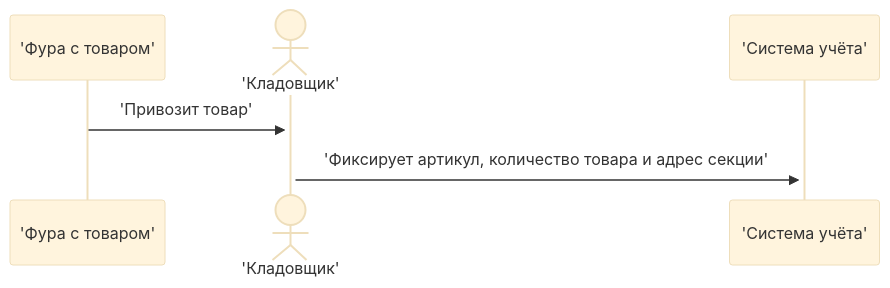
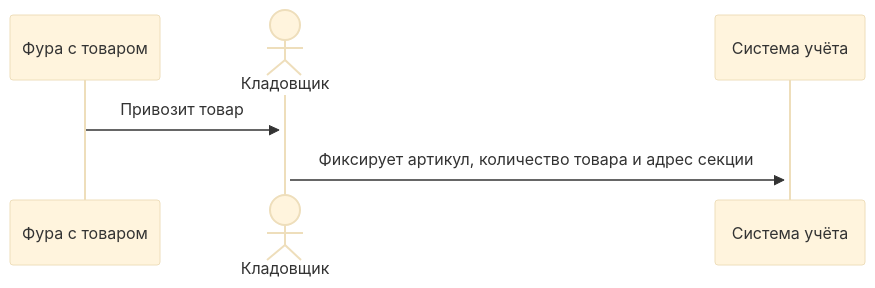
One commit to mr-karpets/Portfolio changed the first of 2 diagrams in Задание - Авария/Описание решения.md. Above: the diagram before and after it, drawn with Mermaid (base theme). The commit also changed other lines of this file, not shown here.

````diff
--- a/Задание - Авария/Описание решения.md
+++ b/Задание - Авария/Описание решения.md
@@ -25,8 +21,8 @@
 ```mermaid
 sequenceDiagram
-	participant A as 'Фура с товаром'
-	actor C as 'Кладовщик'
-	participant B as 'Система учёта'
-	A->>+C: 'Привозит товар'
-	C->>+B: 'Фиксирует артикул, количество товара и адрес секции' 
+	participant A as Фура с товаром
+	actor C as Кладовщик
+	participant B as Система учёта
+	A->>+C: Привозит товар
+	C->>+B: Фиксирует артикул, количество товара и адрес секции
 ```
````
